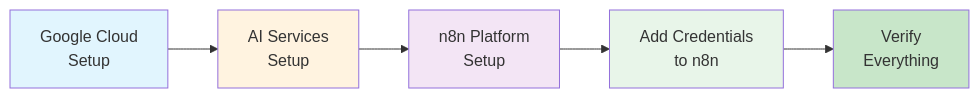
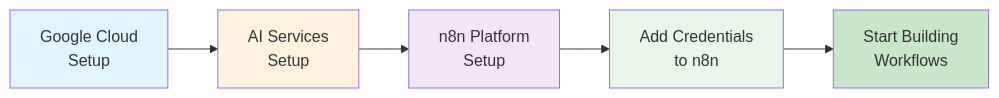
Before and after one commit to LouisChanCLY/automation-exercise: the diagram in docs/common-prerequisites/index.md, drawn with Mermaid. The commit also changed other lines of this file and 4 other files, not shown here.

````diff
--- a/docs/common-prerequisites/index.md
+++ b/docs/common-prerequisites/index.md
@@ -43,13 +42,13 @@
 ```mermaid
 graph LR
     A[Google Cloud<br/>Setup] --> B[AI Services<br/>Setup]
     B --> C[n8n Platform<br/>Setup]
     C --> D[Add Credentials<br/>to n8n]
-    D --> E[Verify<br/>Everything]
+    D --> E[Start Building<br/>Workflows]
 
     style A fill:#e1f5fe
     style B fill:#fff3e0
     style C fill:#f3e5f5
     style D fill:#e8f5e9
     style E fill:#c8e6c9
 ```
````
